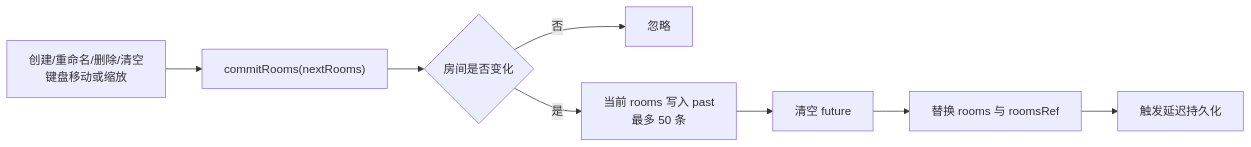
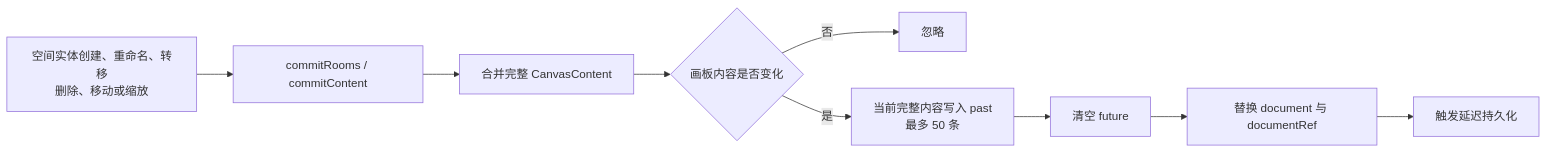
Before and after one commit to zhijian521/zhijian-hub: the second of 3 diagrams in docs/02-技术文档/01-架构设计文档.md, drawn with Mermaid. The commit also changed other lines of this file and 31 other files, not shown here.

````diff
--- a/docs/02-技术文档/01-架构设计文档.md
+++ b/docs/02-技术文档/01-架构设计文档.md
@@ -139,10 +203,11 @@
 ```mermaid
 flowchart LR
-    Action["创建/重命名/删除/清空<br/>键盘移动或缩放"] --> Commit["commitRooms(nextRooms)"]
-    Commit --> Compare{"房间是否变化"}
+    Action["空间实体创建、重命名、转移<br/>删除、移动或缩放"] --> Commit["commitRooms / commitContent"]
+    Commit --> Content["合并完整 CanvasContent"]
+    Content --> Compare{"画板内容是否变化"}
     Compare -- 否 --> Stop["忽略"]
-    Compare -- 是 --> Past["当前 rooms 写入 past<br/>最多 50 条"]
+    Compare -- 是 --> Past["当前完整内容写入 past<br/>最多 50 条"]
     Past --> Clear["清空 future"]
-    Clear --> Replace["替换 rooms 与 roomsRef"]
+    Clear --> Replace["替换 document 与 documentRef"]
     Replace --> Persist["触发延迟持久化"]
 ```
````
